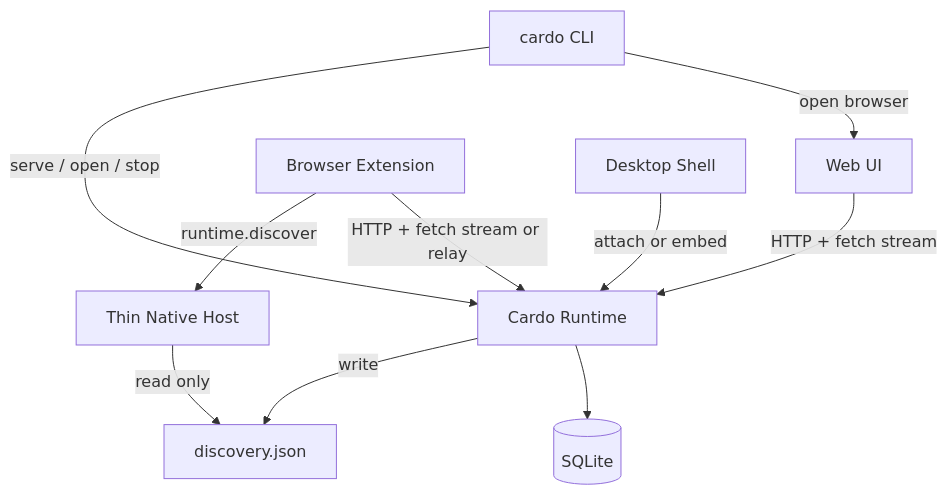
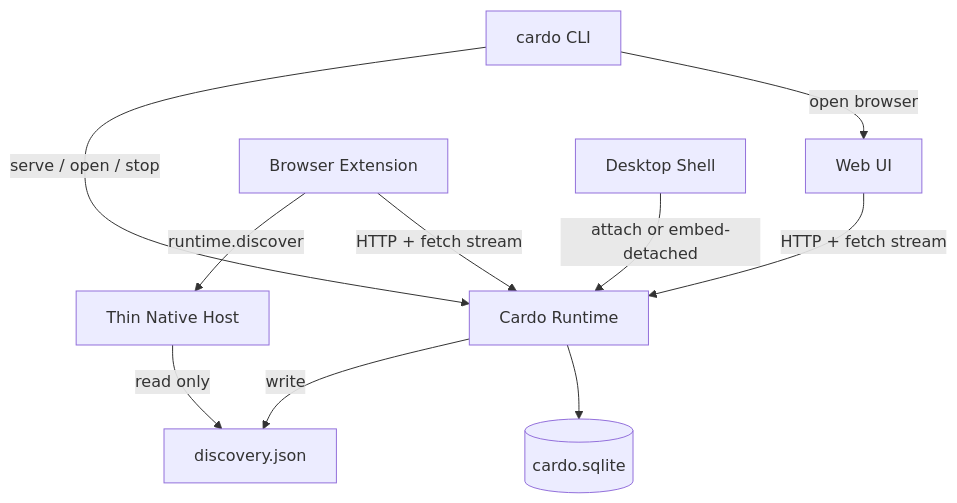
The first of 3 diagrams in docs/architecture/local-runtime-multi-client.md (tzhaos/Cardo), drawn with Mermaid before and after one commit. The commit also changed other lines of this file and 66 other files, not shown here.

````diff
--- a/docs/architecture/local-runtime-multi-client.md
+++ b/docs/architecture/local-runtime-multi-client.md
@@ -182,21 +20,21 @@
 ```mermaid
 flowchart TB
   CLI[cardo CLI]
   WEB[Web UI]
   EXT[Browser Extension]
   DESK[Desktop Shell]
   NM[Thin Native Host]
   RT[Cardo Runtime]
-  DB[(SQLite)]
+  DB[(cardo.sqlite)]
   DISC[discovery.json]
 
   CLI -->|serve / open / stop| RT
   CLI -->|open browser| WEB
   WEB -->|HTTP + fetch stream| RT
   EXT -->|runtime.discover| NM
   NM -->|read only| DISC
   RT -->|write| DISC
-  EXT -->|HTTP + fetch stream or relay| RT
-  DESK -->|attach or embed| RT
+  EXT -->|HTTP + fetch stream| RT
+  DESK -->|attach or embed-detached| RT
   RT --> DB
 ```
````
